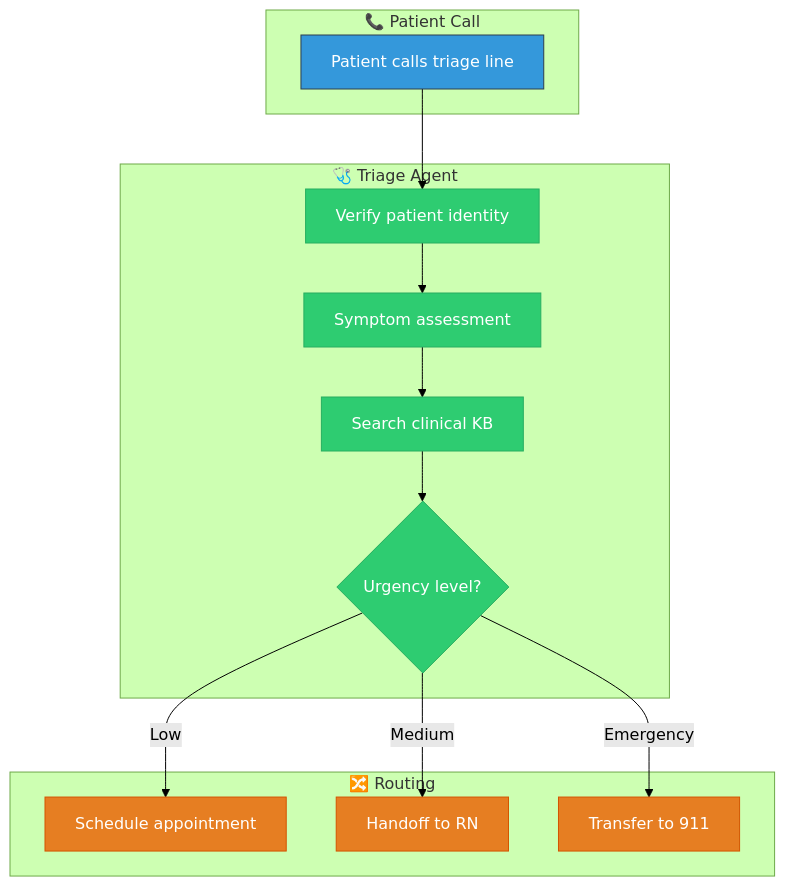
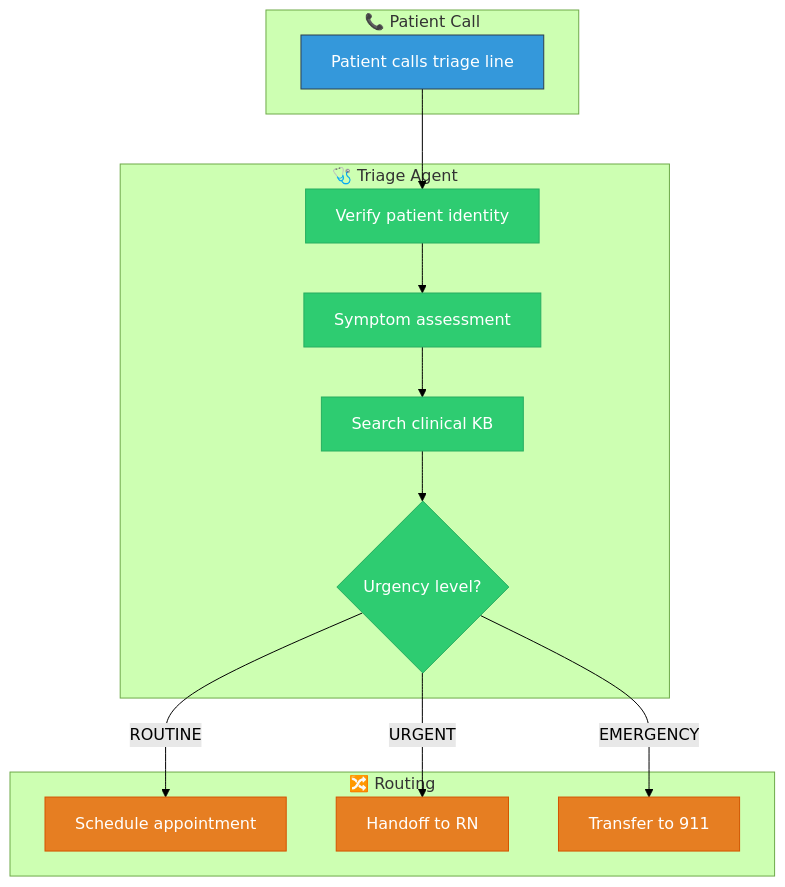
One commit to AIappsGBBFactory/art-voice-agent-accelerator changed the first of 7 diagrams in docs/industry/healthcare.md. Above: the diagram before and after it, drawn with Mermaid (forest theme). The commit also changed other lines of this file and 9 other files, not shown here.

````diff
--- a/docs/industry/healthcare.md
+++ b/docs/industry/healthcare.md
@@ -12,35 +14,35 @@
 ```mermaid
 flowchart TD
     subgraph Patient["📞 Patient Call"]
         A[Patient calls triage line]
     end
 
     subgraph Triage["🩺 Triage Agent"]
         B[Verify patient identity]
         C[Symptom assessment]
         D[Search clinical KB]
         E{Urgency level?}
     end
 
     subgraph Routing["🔀 Routing"]
         F[Schedule appointment]
         G[Handoff to RN]
         H[Transfer to 911]
     end
 
     A --> B
     B --> C
     C --> D
     D --> E
-    E -->|Low| F
-    E -->|Medium| G
-    E -->|Emergency| H
+    E -->|"ROUTINE"| F
+    E -->|"URGENT"| G
+    E -->|"EMERGENCY"| H
 
     classDef patient fill:#3498db,stroke:#2c3e50,color:#fff
     classDef triage fill:#2ecc71,stroke:#27ae60,color:#fff
     classDef routing fill:#e67e22,stroke:#d35400,color:#fff
 
     class A patient
     class B,C,D,E triage
     class F,G,H routing
 ```
````
